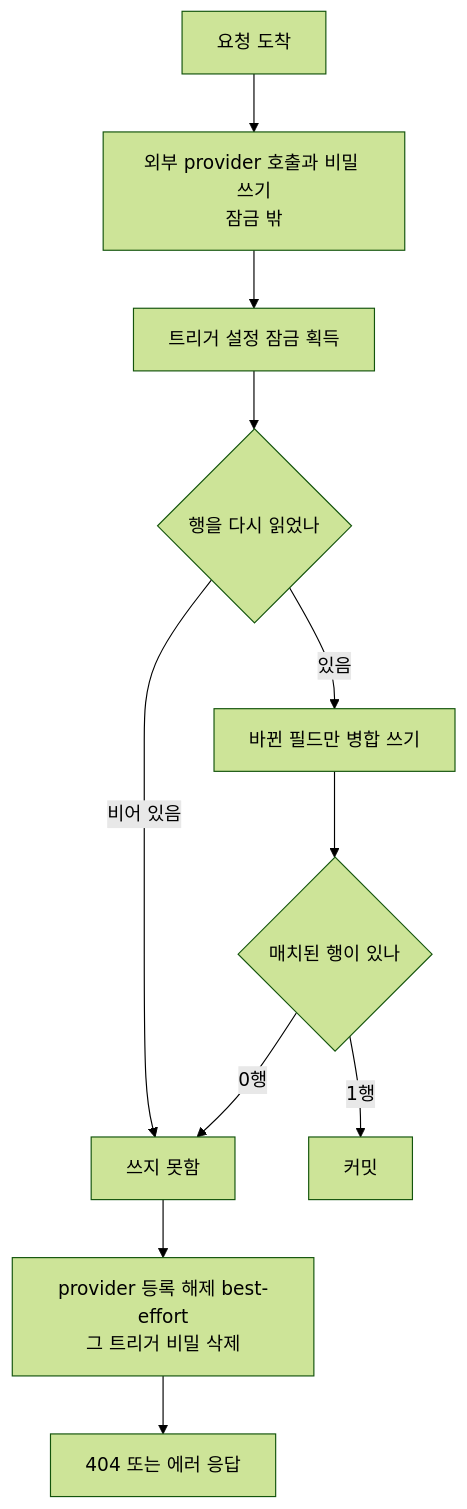
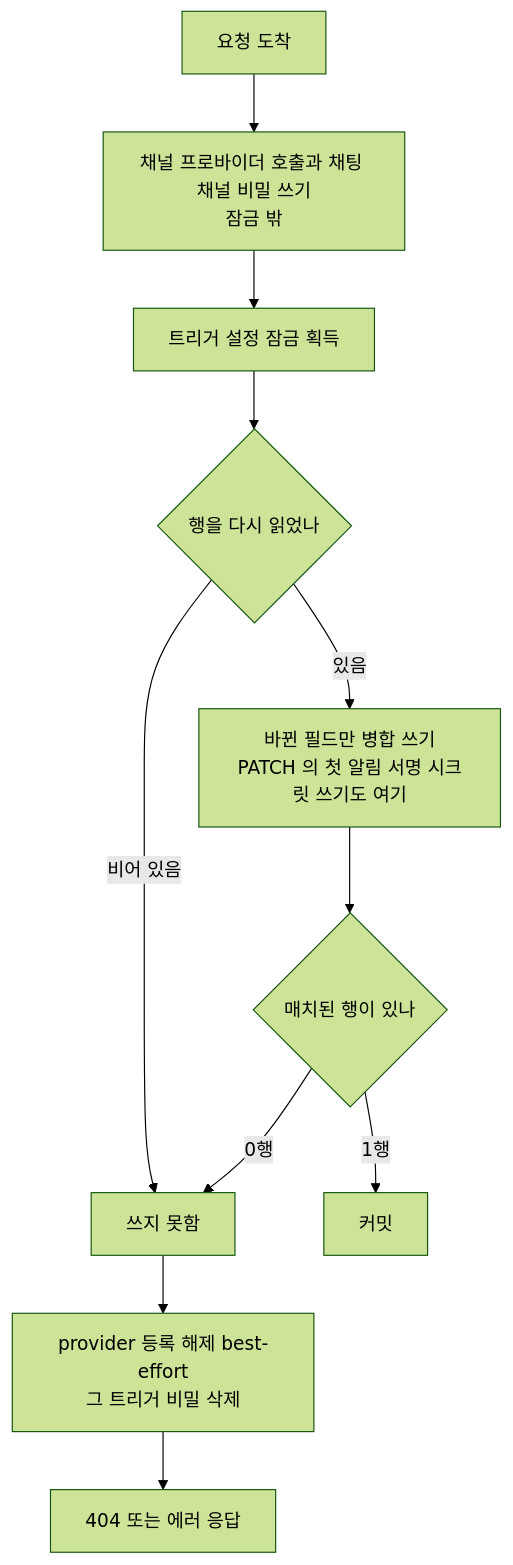
The diagram in spec/CLE-TRIG/CLE-TRIG-MANAGE.md (worker-ants/clemvion), drawn with Mermaid (forest theme) before and after one commit. The commit also changed other lines of this file and 56 other files, not shown here.

````diff
--- a/spec/CLE-TRIG/CLE-TRIG-MANAGE.md
+++ b/spec/CLE-TRIG/CLE-TRIG-MANAGE.md
@@ -258,13 +263,13 @@
 ```mermaid
 flowchart TD
-    A[요청 도착] --> B[외부 provider 호출과 비밀 쓰기<br/>잠금 밖]
+    A[요청 도착] --> B[채널 프로바이더 호출과 채팅 채널 비밀 쓰기<br/>잠금 밖]
     B --> C[트리거 설정 잠금 획득]
     C --> D{행을 다시 읽었나}
     D -- 비어 있음 --> F[쓰지 못함]
-    D -- 있음 --> E[바뀐 필드만 병합 쓰기]
+    D -- 있음 --> E[바뀐 필드만 병합 쓰기<br/>PATCH 의 첫 알림 서명 시크릿 쓰기도 여기]
     E --> G{매치된 행이 있나}
     G -- 0행 --> F
     G -- 1행 --> H[커밋]
     F --> I[provider 등록 해제 best-effort<br/>그 트리거 비밀 삭제]
     I --> J[404 또는 에러 응답]
 ```
````
